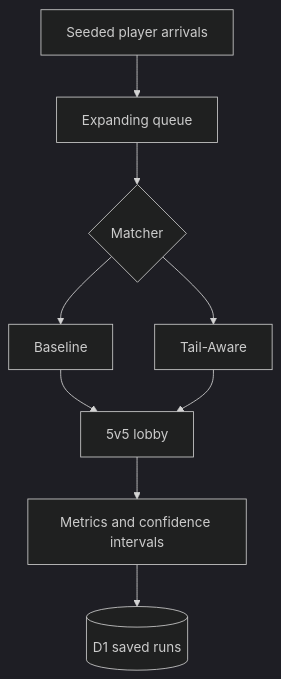
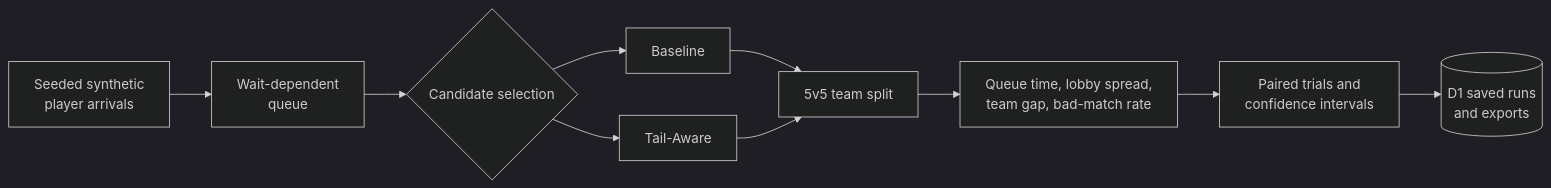
The diagram in README.md (asanthosh01/riftqueue-simulator), drawn with Mermaid (dark theme) before and after one commit. The commit also changed other lines of this file and 1 other file, not shown here.

Commit message:
docs: make RiftQueue recruiter-ready

````diff
--- a/README.md
+++ b/README.md
@@ -46,11 +40,12 @@
 ```mermaid
-flowchart TD
-    A[Seeded player arrivals] --> B[Expanding queue]
-    B --> C{Matcher}
+flowchart LR
+    A[Seeded synthetic<br/>player arrivals] --> B[Wait-dependent<br/>queue]
+    B --> C{Candidate selection}
     C --> D[Baseline]
     C --> E[Tail-Aware]
-    D --> F[5v5 lobby]
+    D --> F[5v5 team split]
     E --> F
-    F --> G[Metrics and confidence intervals]
-    G --> H[(D1 saved runs)]
+    F --> G[Queue time, lobby spread,<br/>team gap, bad-match rate]
+    G --> H[Paired trials and<br/>confidence intervals]
+    H --> I[(D1 saved runs<br/>and exports)]
 ```
````
